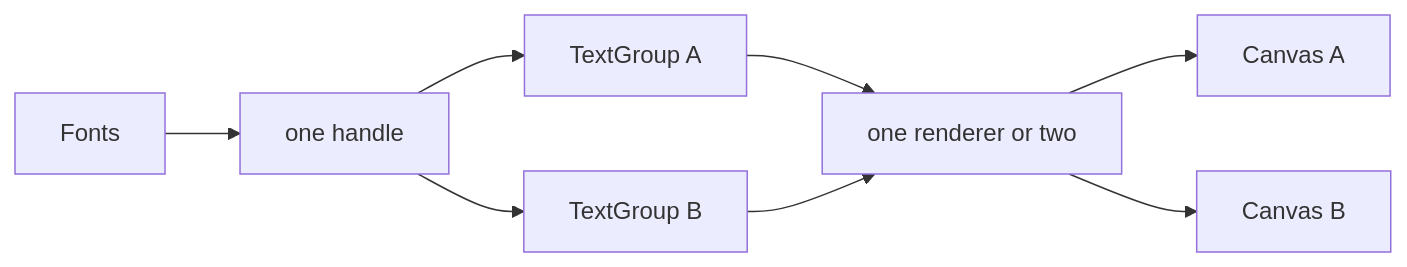
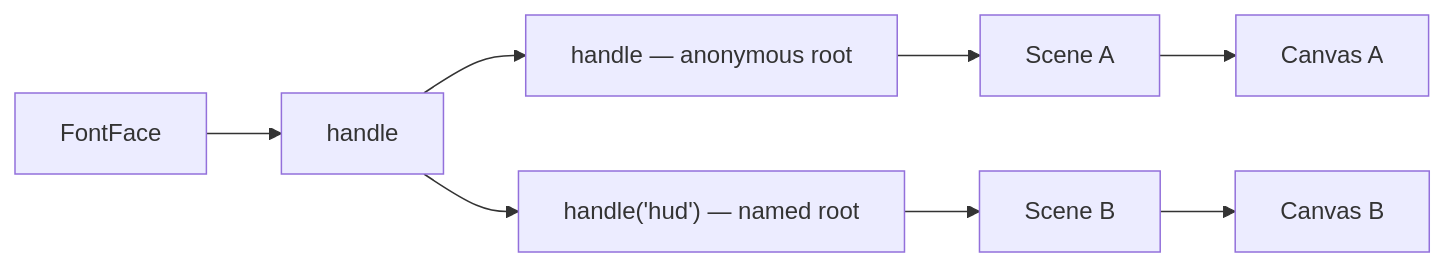
One commit to pmndrs/glyph changed the second of 3 diagrams in site/docs/advanced/topologies.mdx. Above: the diagram before and after it, drawn with Mermaid. The commit also changed other lines of this file and 19 other files, not shown here.

````diff
--- a/site/docs/advanced/topologies.mdx
+++ b/site/docs/advanced/topologies.mdx
@@ -22,6 +22,8 @@
 ```mermaid
 flowchart LR
-  F[Fonts] --> H[one handle]
-  H --> G1[TextGroup A] --> R[one renderer or two] --> C1[Canvas A]
-  H --> G2[TextGroup B] --> R --> C2[Canvas B]
+  F[FontFace] --> H[handle]
+  H --> R1[handle — anonymous root] --> S1[Scene A]
+  H --> R2["handle('hud') — named root"] --> S2[Scene B]
+  S1 --> C1[Canvas A]
+  S2 --> C2[Canvas B]
 ```
````
